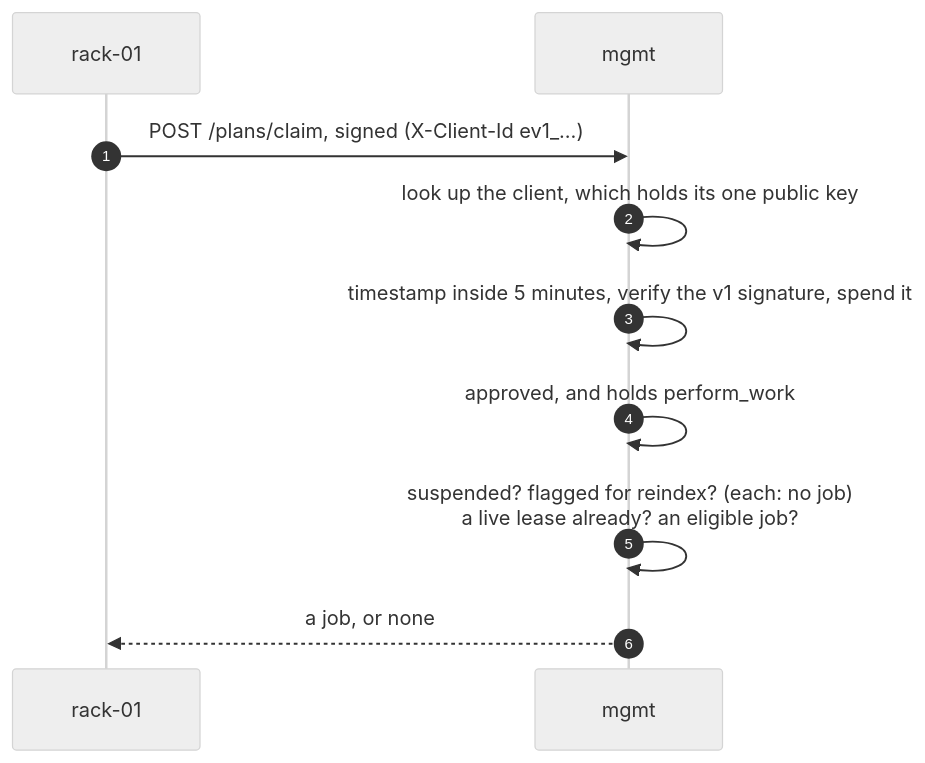
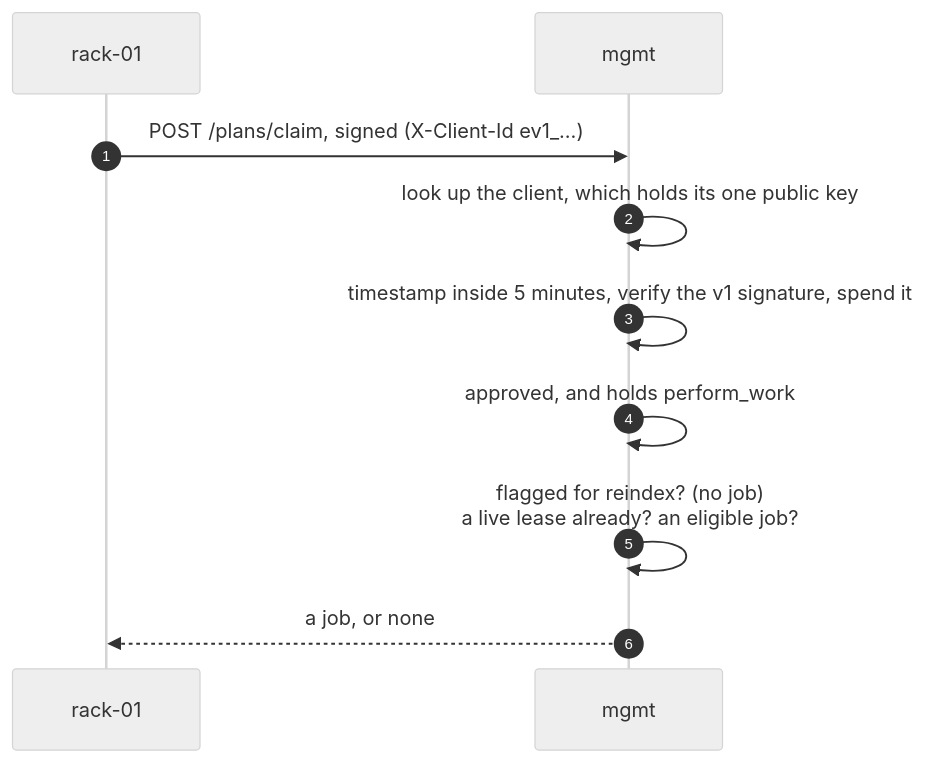
Diagram 20 of 28 in docs/topology.md (Liquid4All/pipette-mgmt), drawn with Mermaid (neutral theme) before and after one commit. The commit also changed other lines of this file and 203 other files, not shown here.

````diff
--- a/docs/topology.md
+++ b/docs/topology.md
@@ -839,13 +833,13 @@
 ```mermaid
 sequenceDiagram
     autonumber
     participant D as rack-01
     participant M as mgmt
 
     D->>M: POST /plans/claim, signed (X-Client-Id ev1_…)
     M->>M: look up the client, which holds its one public key
     M->>M: timestamp inside 5 minutes, verify the v1 signature, spend it
     M->>M: approved, and holds perform_work
-    M->>M: suspended? flagged for reindex? (each: no job)<br/>a live lease already? an eligible job?
+    M->>M: flagged for reindex? (no job)<br/>a live lease already? an eligible job?
     M-->>D: a job, or none
 ```
````
